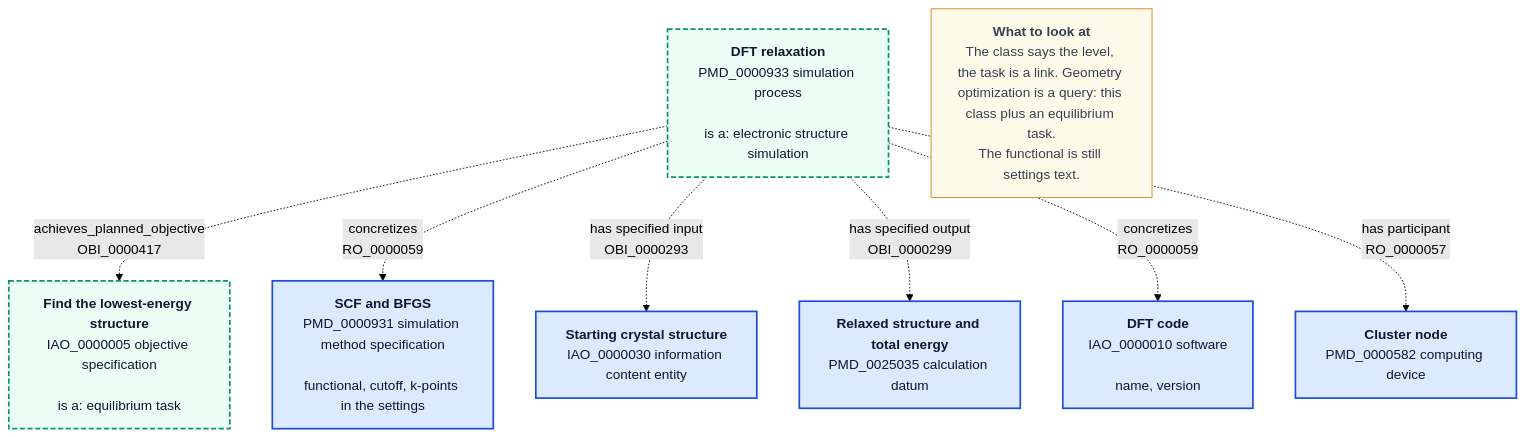
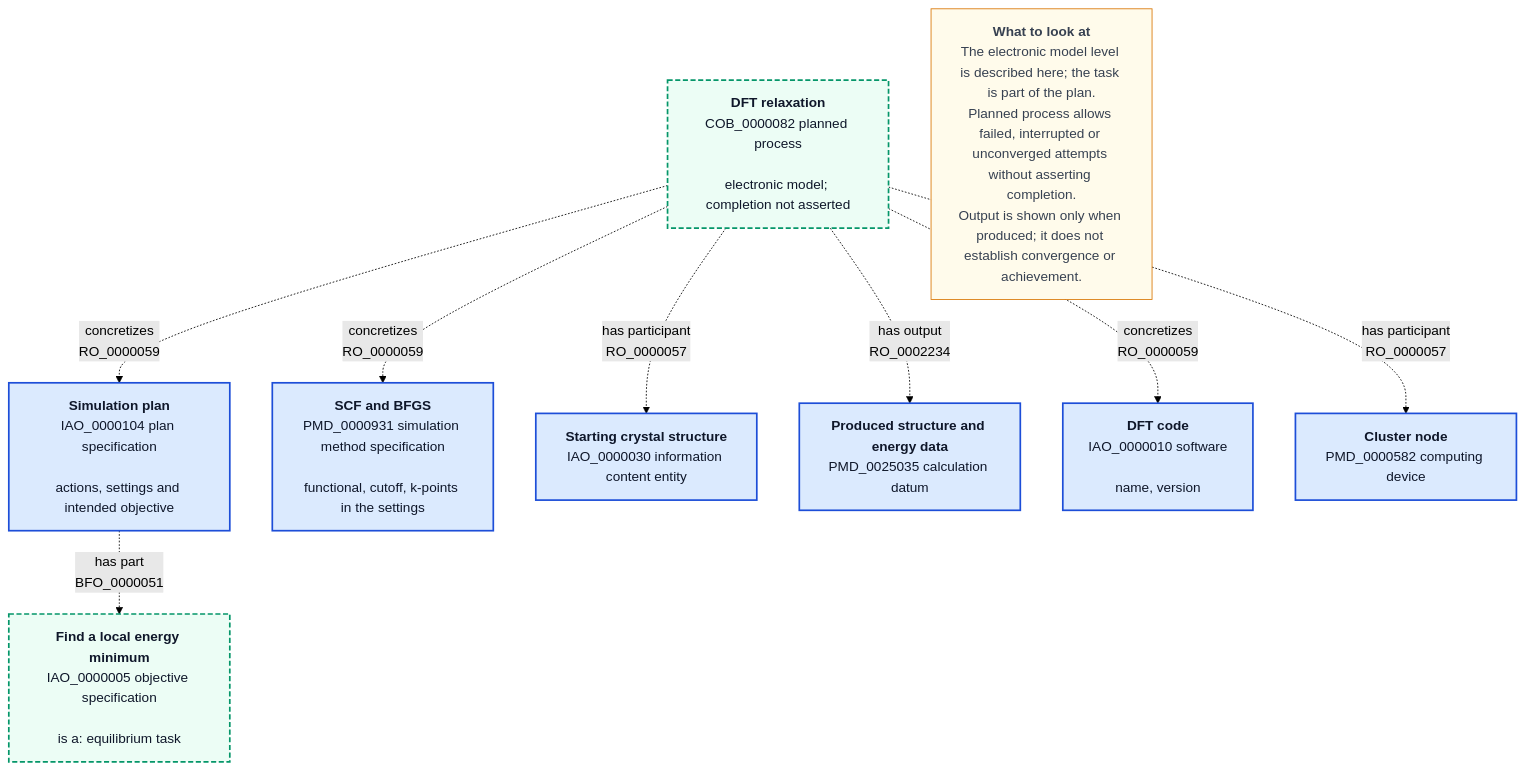
The diagram in web/options/c-model-level/dft.mmd (BAMresearch/mermantics), drawn with Mermaid (forest theme) before and after one commit. The commit also changed 12 other files, not shown here.

Commit message:
fix(web): distinguish intended objectives from achievement and correct AIMD hierarchy

```diff
--- a/web/options/c-model-level/dft.mmd
+++ b/web/options/c-model-level/dft.mmd
@@ -1,26 +1,28 @@
 flowchart TB
 
 %% Option C. One axis, model level: DFT geometry optimization
 %% Materials science: a DFT geometry optimization (relaxation) of a crystal structure.
 
-    Relaxation["<b>DFT relaxation</b><br>PMD_0000933 simulation process<br><br>is a: electronic structure simulation"]:::proposed
-    Task["<b>Find the lowest-energy structure</b><br>IAO_0000005 objective specification<br><br>is a: equilibrium task"]:::proposed
+    Relaxation["<b>DFT relaxation</b><br>COB_0000082 planned process<br><br>electronic model; completion not asserted"]:::proposed
+    Spec["<b>Simulation plan</b><br>IAO_0000104 plan specification<br><br>actions, settings and intended objective"]:::local
+    Task["<b>Find a local energy minimum</b><br>IAO_0000005 objective specification<br><br>is a: equilibrium task"]:::proposed
     Solver["<b>SCF and BFGS</b><br>PMD_0000931 simulation method specification<br><br>functional, cutoff, k-points in the settings"]:::local
     Structure["<b>Starting crystal structure</b><br>IAO_0000030 information content entity"]:::local
-    Relaxed["<b>Relaxed structure and total energy</b><br>PMD_0025035 calculation datum"]:::local
+    Relaxed["<b>Produced structure and energy data</b><br>PMD_0025035 calculation datum"]:::local
     Code["<b>DFT code</b><br>IAO_0000010 software<br><br>name, version"]:::local
     Node["<b>Cluster node</b><br>PMD_0000582 computing device"]:::local
-    Note["<b>What to look at</b><br>The class says the level, the task is a link. Geometry optimization is a query: this class plus an equilibrium task.<br>The functional is still settings text."]:::note
+    Note["<b>What to look at</b><br>The electronic model level is described here; the task is part of the plan.<br>Planned process allows failed, interrupted or unconverged attempts without asserting completion.<br>Output is shown only when produced; it does not establish convergence or achievement."]:::note
 
-    Relaxation -. "achieves_planned_objective<br>OBI_0000417" .-> Task
+    Relaxation -. "concretizes<br>RO_0000059" .-> Spec
+    Spec -. "has part<br>BFO_0000051" .-> Task
     Relaxation -. "concretizes<br>RO_0000059" .-> Solver
-    Relaxation -. "has specified input<br>OBI_0000293" .-> Structure
-    Relaxation -. "has specified output<br>OBI_0000299" .-> Relaxed
+    Relaxation -. "has participant<br>RO_0000057" .-> Structure
+    Relaxation -. "has output<br>RO_0002234" .-> Relaxed
     Relaxation -. "concretizes<br>RO_0000059" .-> Code
     Relaxation -. "has participant<br>RO_0000057" .-> Node
 
     classDef local fill:#dbeafe,stroke:#1d4ed8,stroke-width:2px,color:#0f172a
     classDef note fill:#fffbeb,stroke:#d97706,color:#374151
     classDef proposed fill:#ecfdf5,stroke:#059669,stroke-width:2px,stroke-dasharray:6 3,color:#0f172a
 
-%% mermantics-kinds {"Relaxation":"process","Task":"plan","Solver":"plan","Structure":"information","Relaxed":"data","Code":"software","Node":"device"}
+%% mermantics-kinds {"Spec":"plan","Relaxation":"process","Task":"plan","Solver":"plan","Structure":"information","Relaxed":"data","Code":"software","Node":"device"}
```
